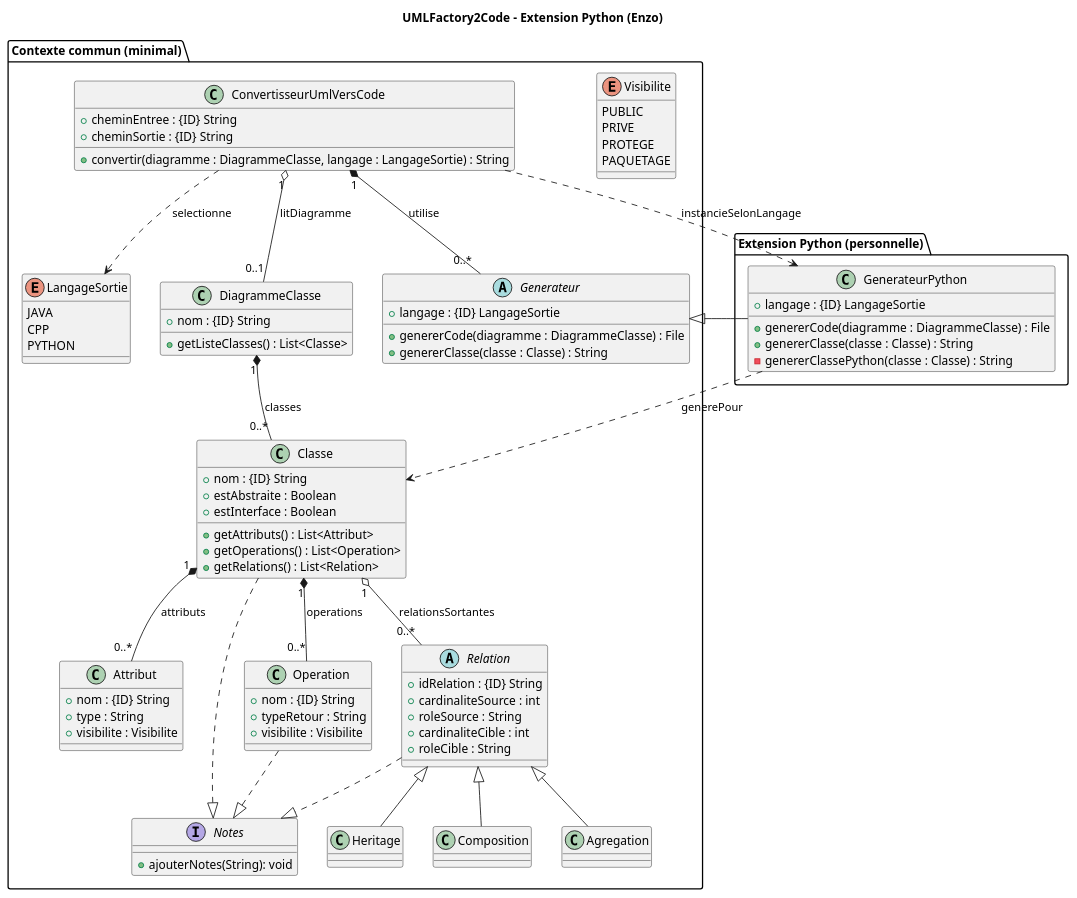
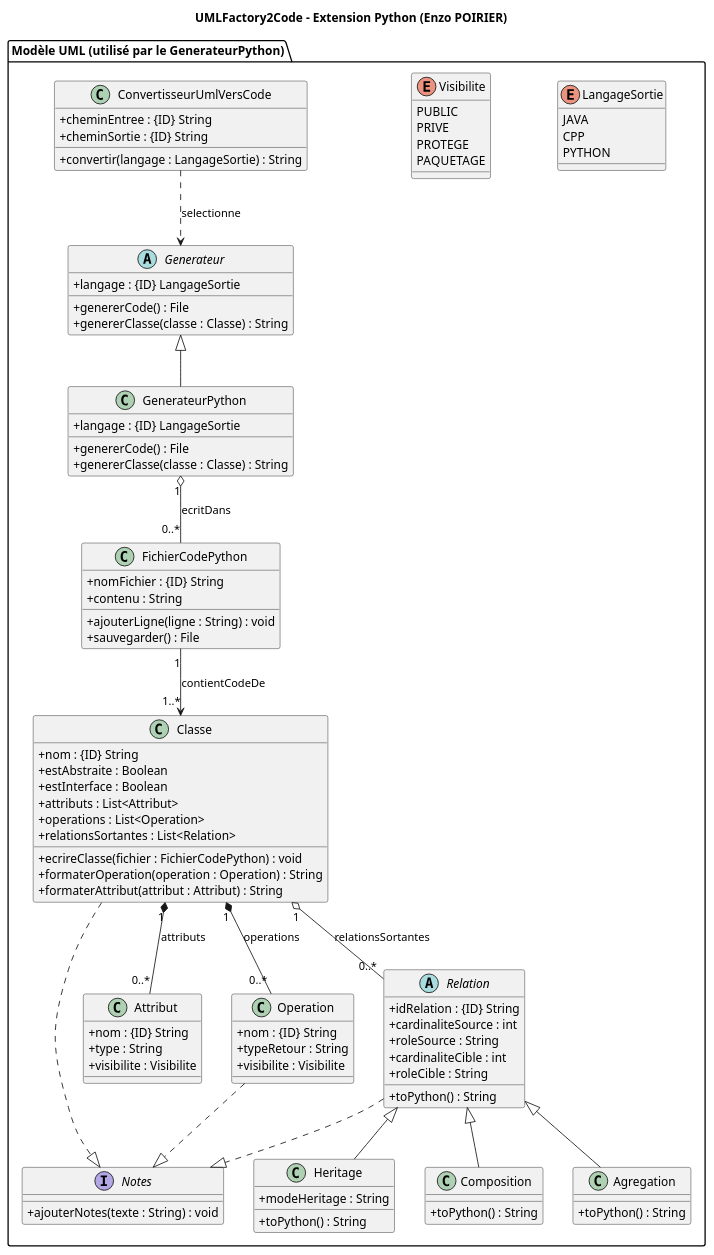
The diagram in doc/fichier_puml/diagramme_generateur_python.puml (RasdaCorentin/PlantUML2Code), drawn with PlantUML before and after one commit.

Commit message:
Ajustement du diagramme générateur python + extension format png

```diff
--- a/doc/fichier_puml/diagramme_generateur_python.puml
+++ b/doc/fichier_puml/diagramme_generateur_python.puml
@@ -1,109 +1,118 @@
 @startuml
-title UMLFactory2Code - Extension Python (Enzo)
+title UMLFactory2Code - Extension Python (Enzo POIRIER)
 
-package "Contexte commun (minimal)" {
+skinparam classAttributeIconSize 0
+top to bottom direction
+
+package "Modèle UML (utilisé par le GenerateurPython)" {
 
   enum LangageSortie {
     JAVA
     CPP
     PYTHON
   }
 
-  class DiagrammeClasse {
-    +nom : {ID} String
-    +getListeClasses() : List<Classe>
+  enum Visibilite {
+    PUBLIC
+    PRIVE
+    PROTEGE
+    PAQUETAGE
+  }
+
+  interface Notes {
+    +ajouterNotes(texte : String) : void
   }
 
   class Classe {
     +nom : {ID} String
     +estAbstraite : Boolean
     +estInterface : Boolean
-    +getAttributs() : List<Attribut>
-    +getOperations() : List<Operation>
-    +getRelations() : List<Relation>
+    +attributs : List<Attribut>
+    +operations : List<Operation>
+    +relationsSortantes : List<Relation>
+    +ecrireClasse(fichier : FichierCodePython) : void
+    +formaterOperation(operation : Operation) : String
+    +formaterAttribut(attribut : Attribut) : String
   }
 
   class Attribut {
     +nom : {ID} String
     +type : String
     +visibilite : Visibilite
   }
 
   class Operation {
     +nom : {ID} String
     +typeRetour : String
     +visibilite : Visibilite
   }
 
   abstract class Relation {
     +idRelation : {ID} String
     +cardinaliteSource : int
     +roleSource : String
     +cardinaliteCible : int
     +roleCible : String
+    +toPython() : String
   }
 
-  class Heritage
-  class Composition
-  class Agregation
+  class Heritage {
+    +modeHeritage : String
+    +toPython() : String
+  }
+
+  class Composition {
+    +toPython() : String
+  }
+
+  class Agregation {
+    +toPython() : String
+  }
 
   Relation <|-- Heritage
   Relation <|-- Composition
   Relation <|-- Agregation
 
-  interface Notes {
-    +ajouterNotes(String): void
+  abstract class Generateur {
+    +langage : {ID} LangageSortie
+    +genererCode() : File
+    +genererClasse(classe : Classe) : String
   }
+
+  class GenerateurPython {
+    +langage : {ID} LangageSortie
+    +genererCode() : File
+    +genererClasse(classe : Classe) : String
+  }
+
+  class FichierCodePython {
+    +nomFichier : {ID} String
+    +contenu : String
+    +ajouterLigne(ligne : String) : void
+    +sauvegarder() : File
+  }
+
+  class ConvertisseurUmlVersCode {
+    +cheminEntree : {ID} String
+    +cheminSortie : {ID} String
+    +convertir(langage : LangageSortie) : String
+  }
+
+  Classe "1" *-- "0..*" Attribut : attributs
+  Classe "1" *-- "0..*" Operation : operations
+  Classe "1" o-- "0..*" Relation : relationsSortantes
 
   Classe ..|> Notes
   Relation ..|> Notes
   Operation ..|> Notes
 
+  Generateur <|-- GenerateurPython
 
+  GenerateurPython "1" o-- "0..*" FichierCodePython : ecritDans
 
-  enum Visibilite {
-    PUBLIC
-    PRIVE
-    PROTEGE
-    PAQUETAGE
-  }
+FichierCodePython "1" --> "1..*" Classe : contientCodeDe
 
-  abstract class Generateur {
-    +langage : {ID} LangageSortie
-    +genererCode(diagramme : DiagrammeClasse) : File
-    +genererClasse(classe : Classe) : String
-  }
-
-  class ConvertisseurUmlVersCode {
-    +cheminEntree : {ID} String
-    +cheminSortie : {ID} String
-    +convertir(diagramme : DiagrammeClasse, langage : LangageSortie) : String
-  }
-
-  Classe "1" *-- "0..*" Attribut : attributs
-  Classe "1" *-- "0..*" Operation : operations
-  Classe "1" o-- "0..*" Relation : relationsSortantes
-  DiagrammeClasse "1" *-- "0..*" Classe : classes
-
-  ConvertisseurUmlVersCode "1" o-- "0..1" DiagrammeClasse  : litDiagramme
-  ConvertisseurUmlVersCode ..> LangageSortie : selectionne
-  ConvertisseurUmlVersCode "1" *-- "0..*" Generateur : utilise
+  ConvertisseurUmlVersCode ..> Generateur : selectionne
 }
 
-package "Extension Python (personnelle)" {
-
-  class GenerateurPython {
-    +langage : {ID} LangageSortie
-    +genererCode(diagramme : DiagrammeClasse) : File
-    +genererClasse(classe : Classe) : String
-    -genererClassePython(classe : Classe) : String
-  }
-}
-
-Generateur <|-- GenerateurPython
-
-ConvertisseurUmlVersCode ..> GenerateurPython : instancieSelonLangage
-
-GenerateurPython ..> Classe : generePour
-
 @enduml
```
